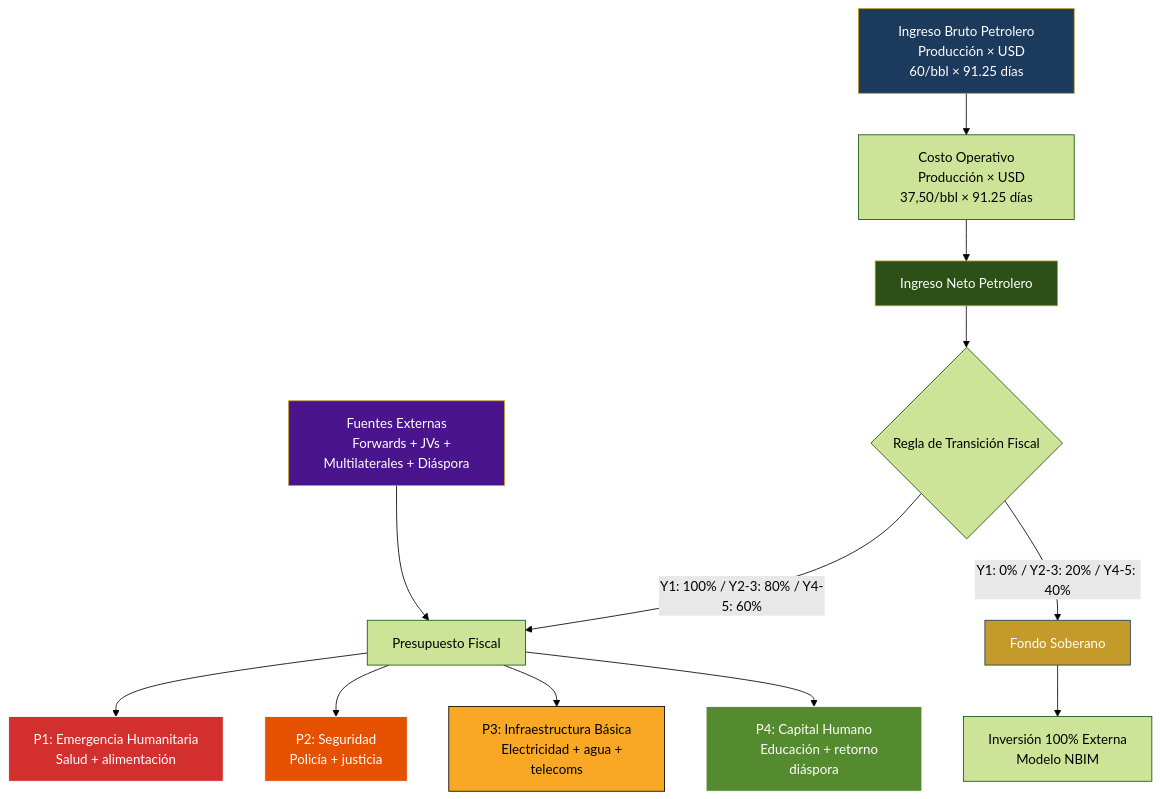
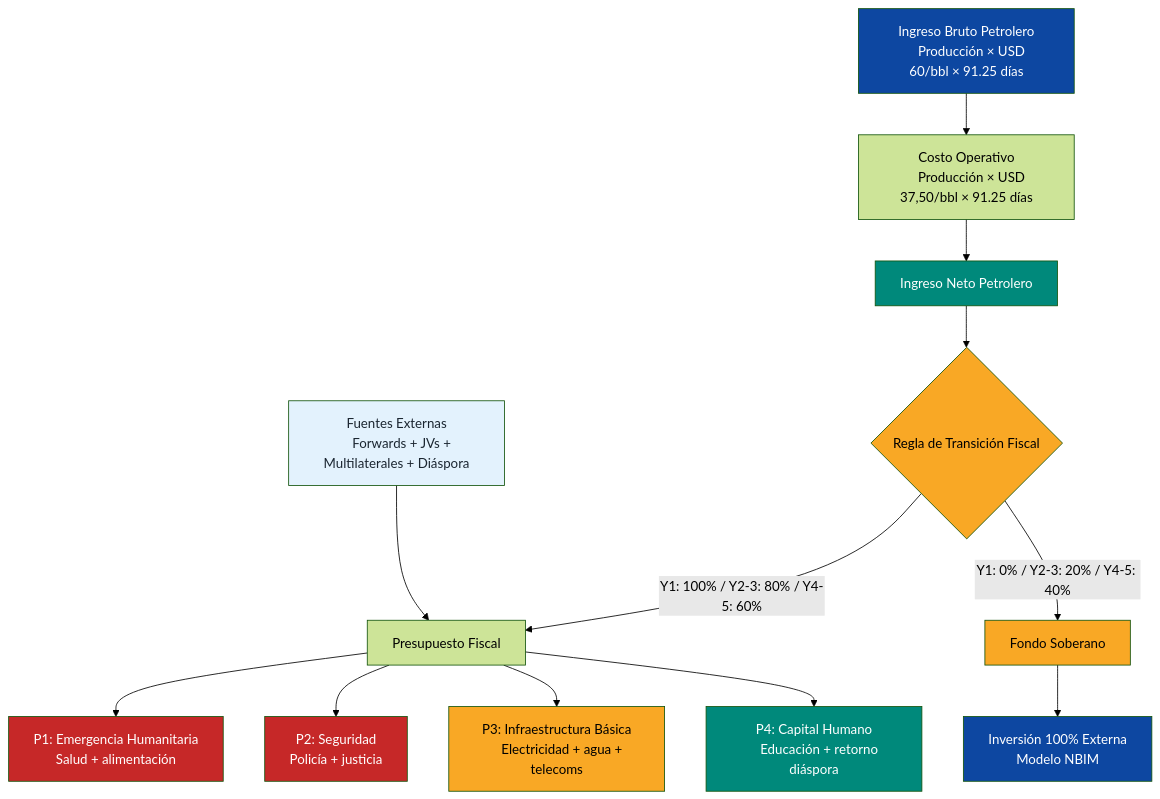
Before and after one commit to Venezuela-S-A/venezuela-sa: the second of 2 diagrams in docs/02-motor-financiero/cashflow-20-trimestres.md, drawn with Mermaid (forest theme). The commit also changed 127 other files, not shown here.

````diff
--- a/docs/02-motor-financiero/cashflow-20-trimestres.md
+++ b/docs/02-motor-financiero/cashflow-20-trimestres.md
@@ -136,31 +136,33 @@
 ```mermaid
 flowchart TD
     A["Ingreso Bruto Petrolero
     Producción × USD 60/bbl × 91.25 días"] --> B["Costo Operativo
     Producción × USD 37,50/bbl × 91.25 días"]
     B --> C["Ingreso Neto Petrolero"]
     C --> D{"Regla de Transición Fiscal"}
     D -->|"Y1: 100% / Y2-3: 80% / Y4-5: 60%"| E["Presupuesto Fiscal"]
     D -->|"Y1: 0% / Y2-3: 20% / Y4-5: 40%"| F["Fondo Soberano"]
     G["Fuentes Externas
     Forwards + JVs + Multilaterales + Diáspora"] --> E
     E --> H["P1: Emergencia Humanitaria
     Salud + alimentación"]
     E --> I["P2: Seguridad
     Policía + justicia"]
     E --> J["P3: Infraestructura Básica
     Electricidad + agua + telecoms"]
     E --> K["P4: Capital Humano
     Educación + retorno diáspora"]
     F --> L["Inversión 100% Externa
     Modelo NBIM"]
 
-    style A fill:#1B3A5C,stroke:#C49A2A,color:#fff
-    style C fill:#2d5016,stroke:#C49A2A,color:#fff
-    style F fill:#C49A2A,stroke:#1B3A5C,color:#fff
-    style G fill:#4a148c,stroke:#C49A2A,color:#fff
-    style H fill:#d32f2f,stroke:#fff,color:#fff
-    style I fill:#e65100,stroke:#fff,color:#fff
-    style J fill:#f9a825,stroke:#000,color:#000
-    style K fill:#558b2f,stroke:#fff,color:#fff
+    style A fill:#0D47A1,color:#fff
+    style C fill:#00897B,color:#fff
+    style D fill:#F9A825,color:#000
+    style F fill:#F9A825,color:#000
+    style G fill:#E3F2FD,color:#1B2631
+    style H fill:#C62828,color:#fff
+    style I fill:#C62828,color:#fff
+    style J fill:#F9A825,color:#000
+    style K fill:#00897B,color:#fff
+    style L fill:#0D47A1,color:#fff
 ```
````
